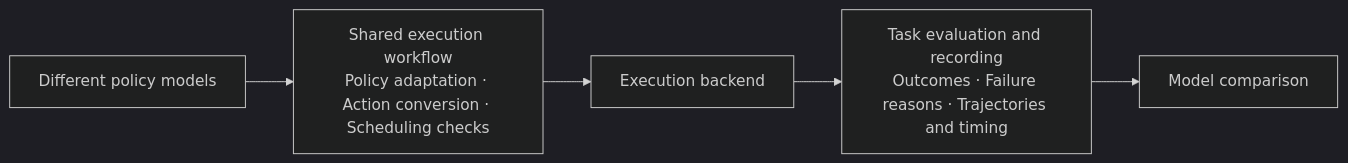
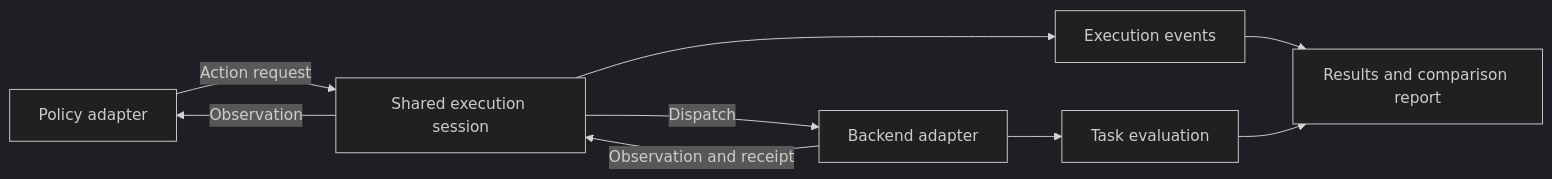
One commit to Lin-Murphy/cross-backend-robot-policy changed the diagram in README.md. Above: the diagram before and after it, drawn with Mermaid (dark theme). The commit also changed other lines of this file and 6 other files, not shown here.

Commit message:
Update PolicyBridge overview and retain latest hardware trial results

````diff
--- a/README.md
+++ b/README.md
@@ -15,7 +9,11 @@
 ```mermaid
 flowchart LR
-  policies["Different policy models"] --> execution["Shared execution workflow<br/>Policy adaptation · Action conversion · Scheduling checks"]
-  execution --> backend["Execution backend"]
-  backend --> records["Task evaluation and recording<br/>Outcomes · Failure reasons · Trajectories and timing"]
-  records --> comparison["Model comparison"]
+  policy["Policy adapter"] -->|Action request| session["Shared execution session"]
+  session -->|Dispatch| backend["Backend adapter"]
+  backend -->|Observation and receipt| session
+  session -->|Observation| policy
+  session --> records["Execution events"]
+  backend --> task["Task evaluation"]
+  records --> report["Results and comparison report"]
+  task --> report
 ```
````
